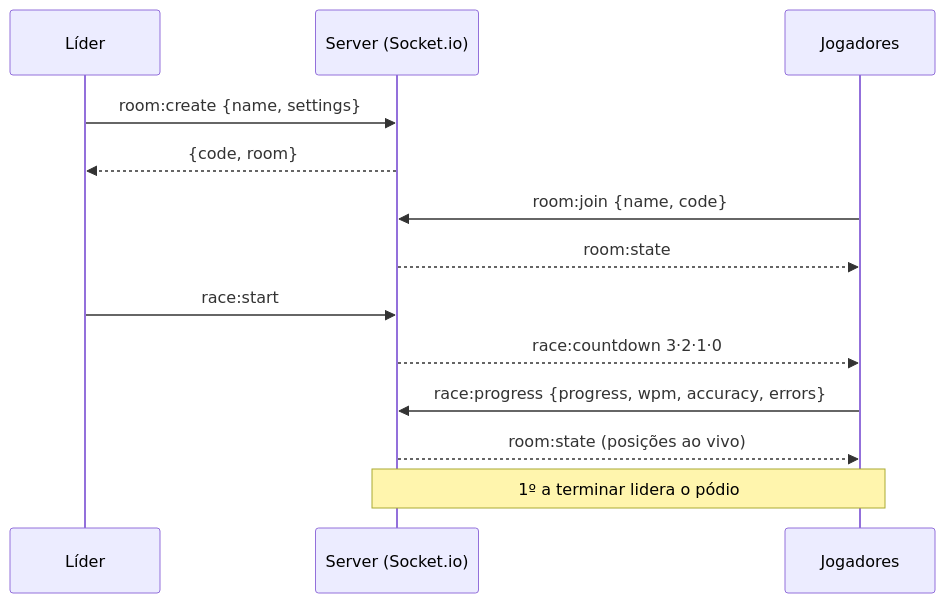
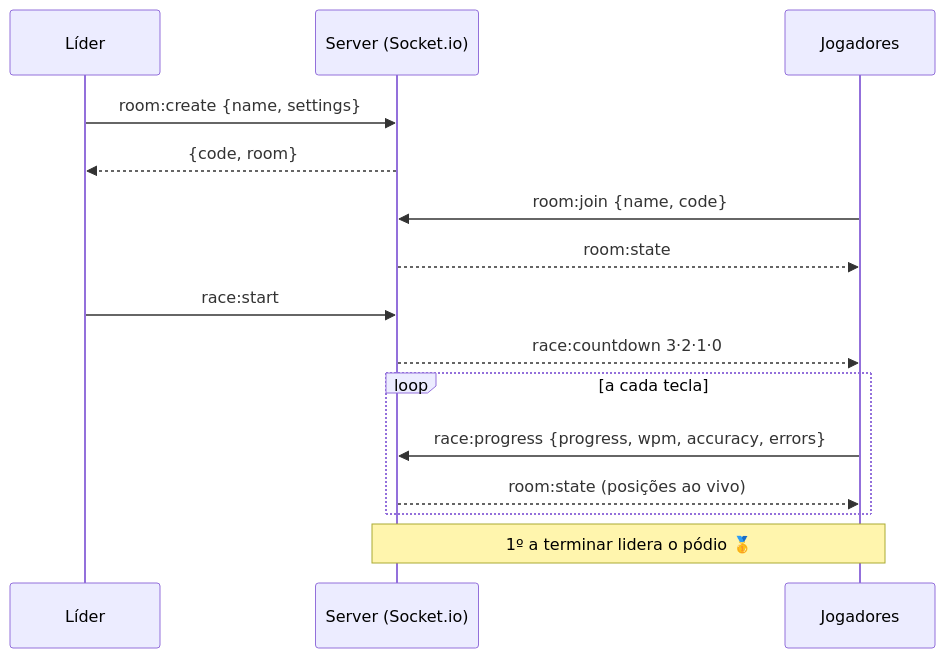
Before and after one commit to caioross/CodeRacer: the first of 2 diagrams in README.md, drawn with Mermaid. The commit also changed other lines of this file and 23 other files, not shown here.

````diff
--- a/README.md
+++ b/README.md
@@ -96,15 +145,17 @@
 ```mermaid
 sequenceDiagram
     participant L as Líder
     participant S as Server (Socket.io)
     participant P as Jogadores
     L->>S: room:create {name, settings}
     S-->>L: {code, room}
     P->>S: room:join {name, code}
     S-->>P: room:state
     L->>S: race:start
     S-->>P: race:countdown 3·2·1·0
-    P->>S: race:progress {progress, wpm, accuracy, errors}
-    S-->>P: room:state (posições ao vivo)
-    Note over S,P: 1º a terminar lidera o pódio
+    loop a cada tecla
+        P->>S: race:progress {progress, wpm, accuracy, errors}
+        S-->>P: room:state (posições ao vivo)
+    end
+    Note over S,P: 1º a terminar lidera o pódio 🥇
 ```
````
